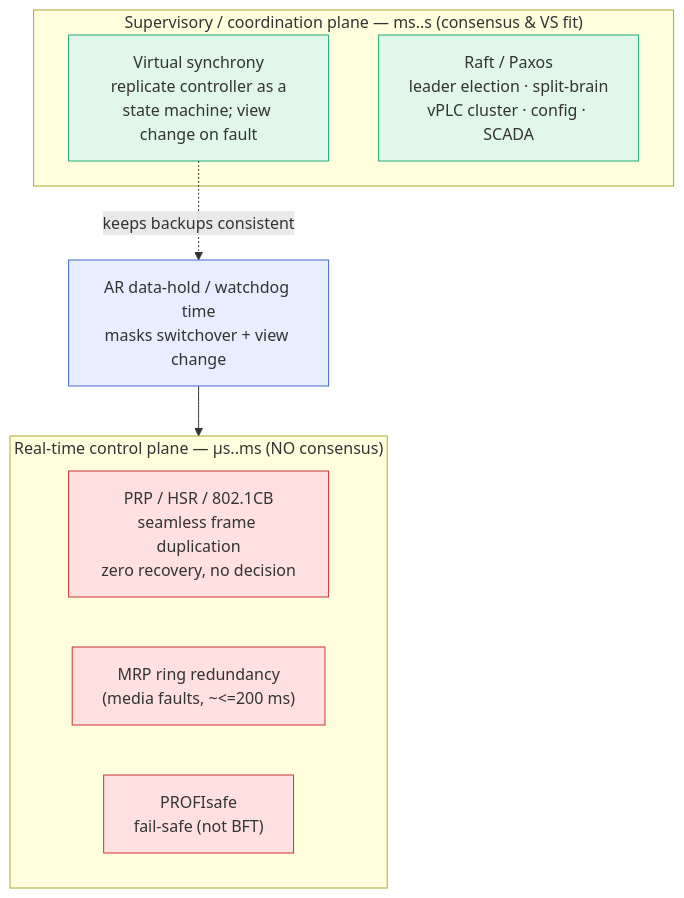
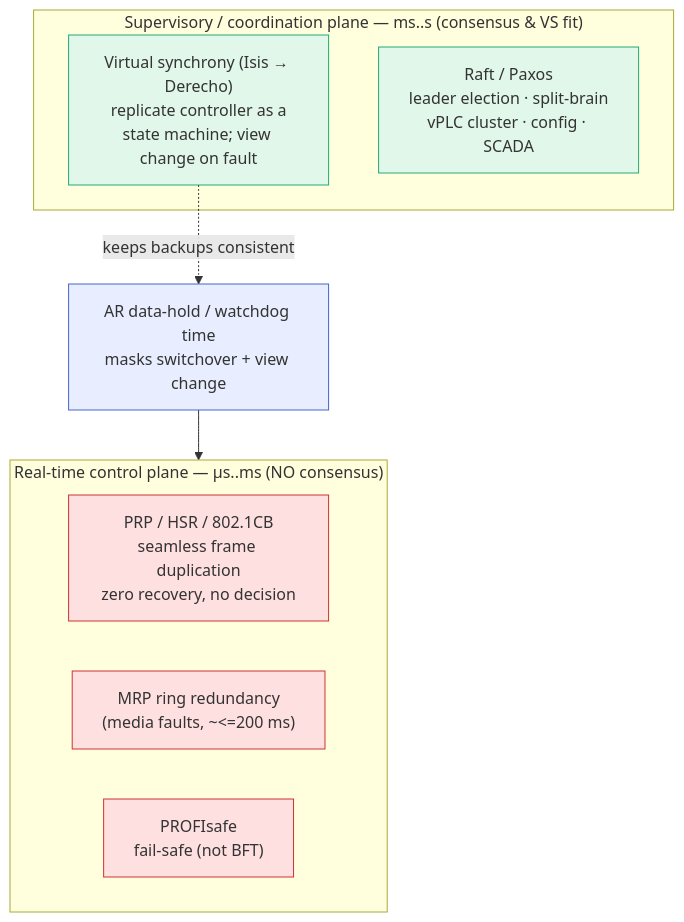
Before and after one commit to zwu888/tcpr: diagram 14 of 14 in TCPR-Explained.md, drawn with Mermaid. The commit also changed other lines of this file, not shown here.

Commit message:
Add Derecho (RDMA virtual synchrony) to section 9 and references

````diff
--- a/TCPR-Explained.md
+++ b/TCPR-Explained.md
@@ -994,18 +994,18 @@
 ```mermaid
 flowchart TB
     subgraph SUP["Supervisory / coordination plane — ms..s (consensus & VS fit)"]
-        VS["Virtual synchrony<br/>replicate controller as a<br/>state machine; view change on fault"]:::fit
+        VS["Virtual synchrony (Isis → Derecho)<br/>replicate controller as a<br/>state machine; view change on fault"]:::fit
         RAFT["Raft / Paxos<br/>leader election · split-brain<br/>vPLC cluster · config · SCADA"]:::fit
     end
     subgraph RT["Real-time control plane — µs..ms (NO consensus)"]
         PRP["PRP / HSR / 802.1CB<br/>seamless frame duplication<br/>zero recovery, no decision"]:::no
         MRP["MRP ring redundancy<br/>(media faults, ~<=200 ms)"]:::no
         PS["PROFIsafe<br/>fail-safe (not BFT)"]:::no
     end
     VS -. "keeps backups consistent" .-> HOLD
     HOLD["AR data-hold / watchdog time<br/>masks switchover + view change"]:::bridge
     HOLD --> RT
     classDef fit fill:#e0f7e9,stroke:#2a7;
     classDef no fill:#ffe0e0,stroke:#c33;
     classDef bridge fill:#e8eeff,stroke:#46c;
 ```
````
